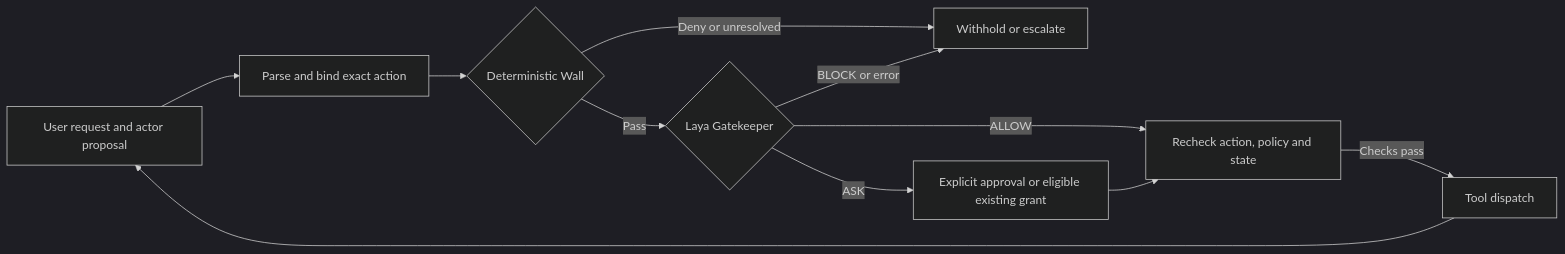
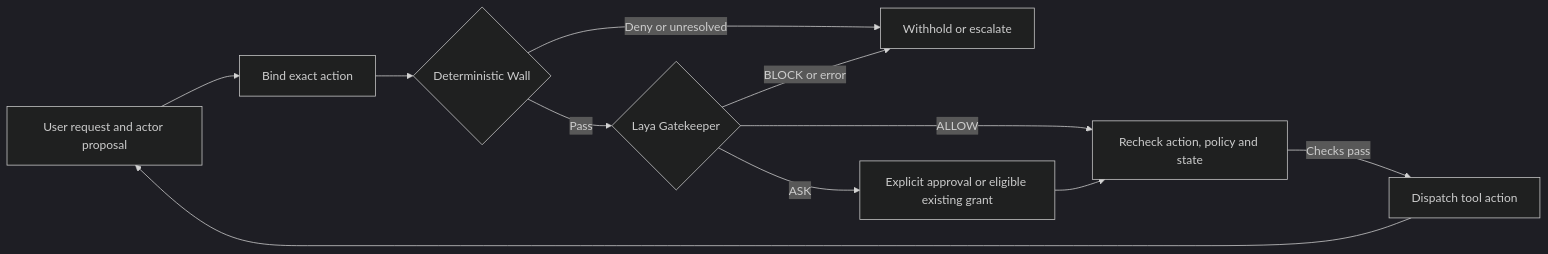
Before and after one commit to AtharvaThorat/permission-that-learn: the diagram in README.md, drawn with Mermaid (dark theme). The commit also changed other lines of this file, not shown here.

````diff
--- a/README.md
+++ b/README.md
@@ -15,13 +26,13 @@
 ```mermaid
 flowchart LR
-    A[User request and actor proposal] --> B[Parse and bind exact action]
+    A[User request and actor proposal] --> B[Bind exact action]
     B --> W{Deterministic Wall}
+    W -->|Deny or unresolved| X[Withhold or escalate]
     W -->|Pass| L{Laya Gatekeeper}
-    W -->|Deny or unresolved| X[Withhold or escalate]
     L -->|BLOCK or error| X
     L -->|ALLOW| R[Recheck action, policy and state]
     L -->|ASK| P[Explicit approval or eligible existing grant]
     P --> R
-    R -->|Checks pass| T[Tool dispatch]
+    R -->|Checks pass| T[Dispatch tool action]
     T --> A
 ```
````
